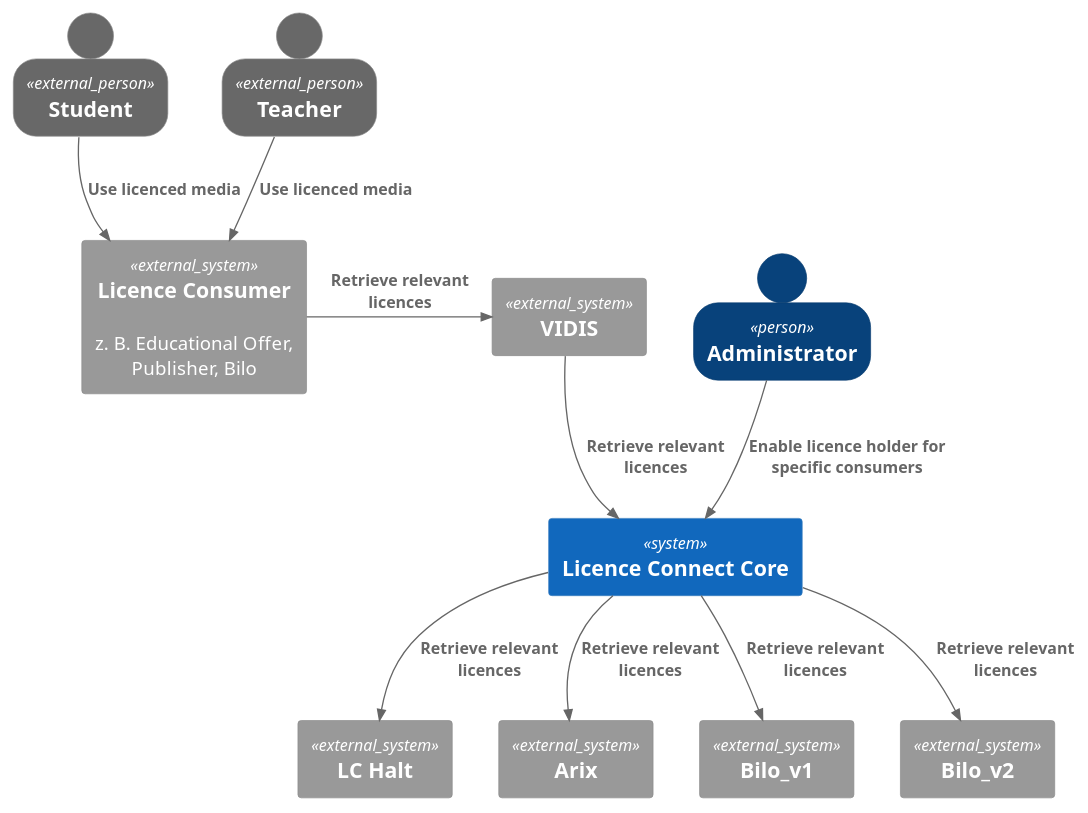
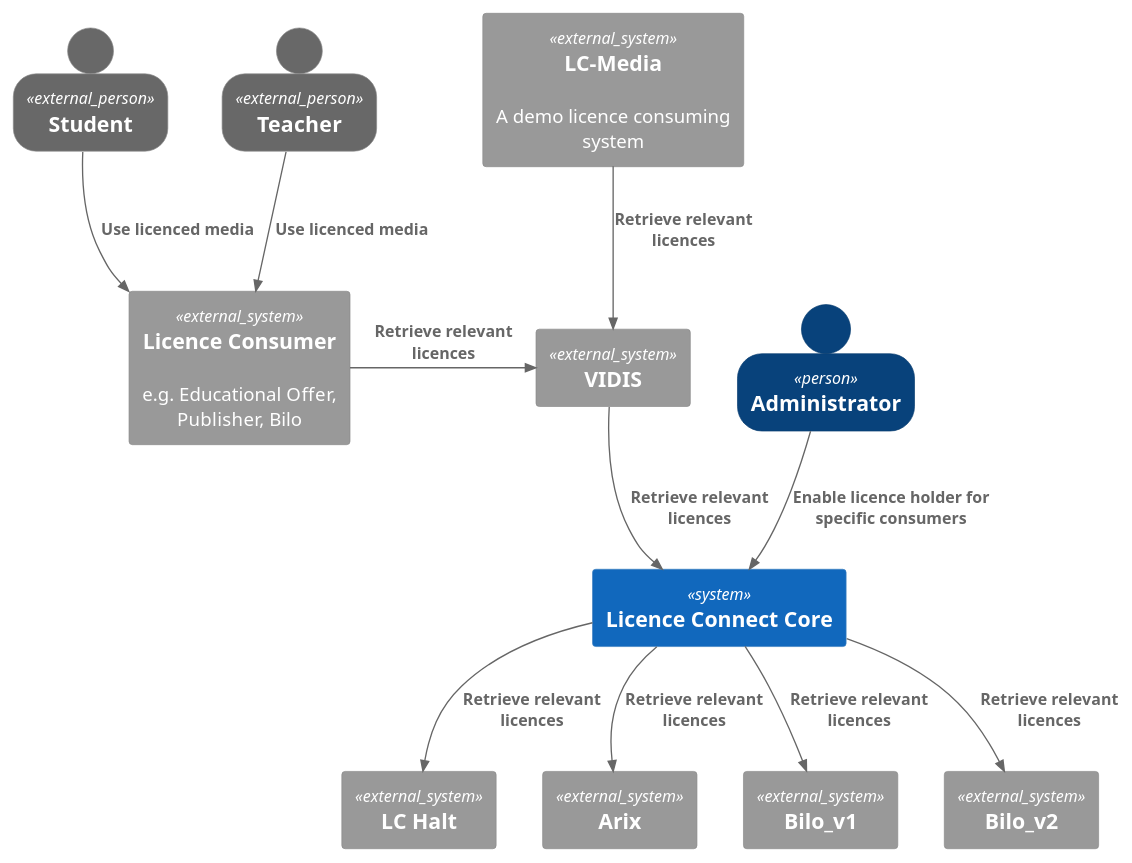
One commit to FWU-DE/licence-connect changed the diagram in doc/src/03_context_and_scope/index.adoc. Above: the diagram before and after it, drawn with PlantUML. The commit also changed other lines of this file and 5 other files, not shown here.

```diff
--- a/doc/src/03_context_and_scope/index.adoc
+++ b/doc/src/03_context_and_scope/index.adoc
@@ -8,33 +8,36 @@
 [plantuml]
 ----
 @startuml Context_and_Scope
 !include <C4/C4_Container>
 SHOW_PERSON_OUTLINE()
 
 Person_Ext(student, "Student", "")
 Person_Ext(teacher, "Teacher", "")
 Person(admin, "Administrator", "")
 
-System_Ext(licence_consumer, "Licence Consumer", "z. B. Educational Offer, Publisher, Bilo")
+System_Ext(licence_consumer, "Licence Consumer", "e.g. Educational Offer, Publisher, Bilo")
 System_Ext(vidis, "VIDIS", "")
+
+System_Ext(lcmedia, "LC-Media", "A demo licence consuming system")
 
 System(lc, "Licence Connect Core", "")
 
 System_Ext(lchalt, "LC Halt", "")
 System_Ext(arix, "Arix", "")
 System_Ext(bilo_v1, "Bilo_v1", "")
 System_Ext(bilo_v2, "Bilo_v2", "")
 
 Rel(student, licence_consumer, "Use licenced media", "")
 Rel(teacher, licence_consumer, "Use licenced media", "")
+Rel(lcmedia, vidis, "Retrieve relevant licences", "")
 Rel_R(licence_consumer, vidis, "Retrieve relevant licences", "")
 Rel(vidis, lc, "Retrieve relevant licences", "")
 Rel(lc, lchalt, "Retrieve relevant licences","")
 Rel(lc, arix, "Retrieve relevant licences","")
 Rel(lc, bilo_v1, "Retrieve relevant licences","")
 Rel(lc, bilo_v2, "Retrieve relevant licences","")
 
 Rel(admin, lc, "Enable licence holder for specific consumers")
 
 @enduml
 ----
```
